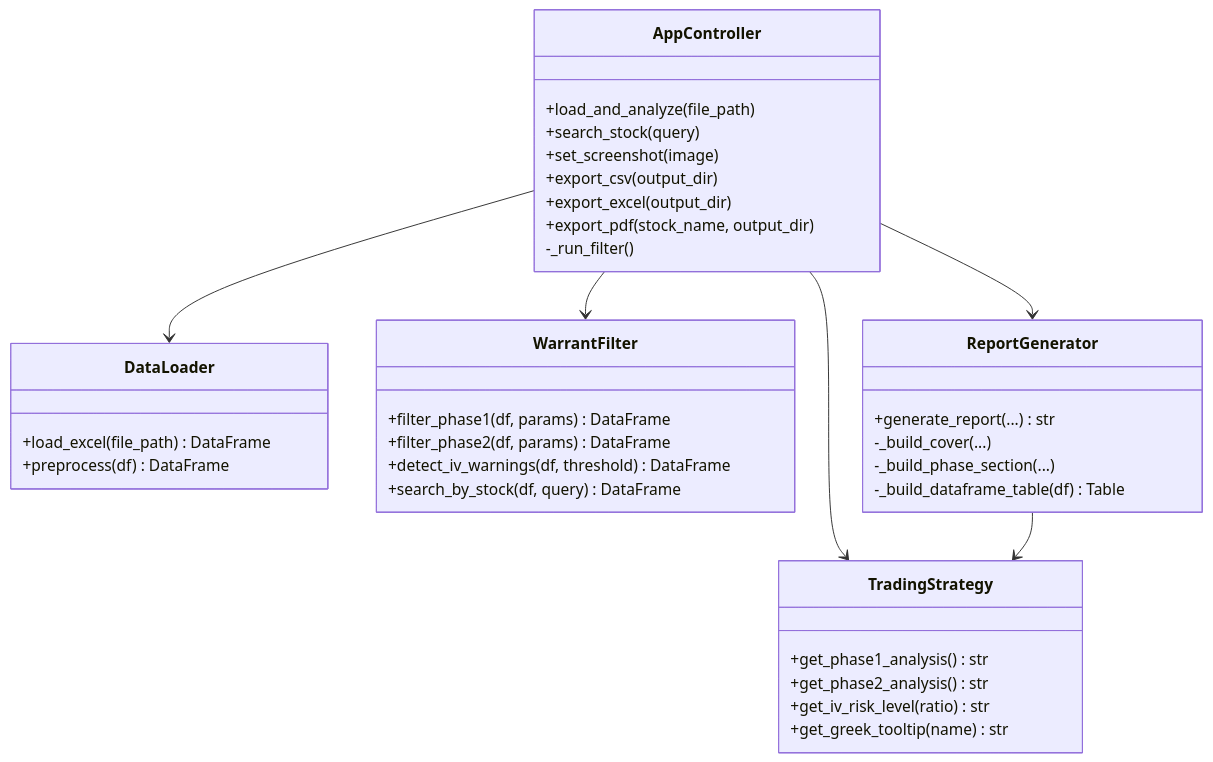
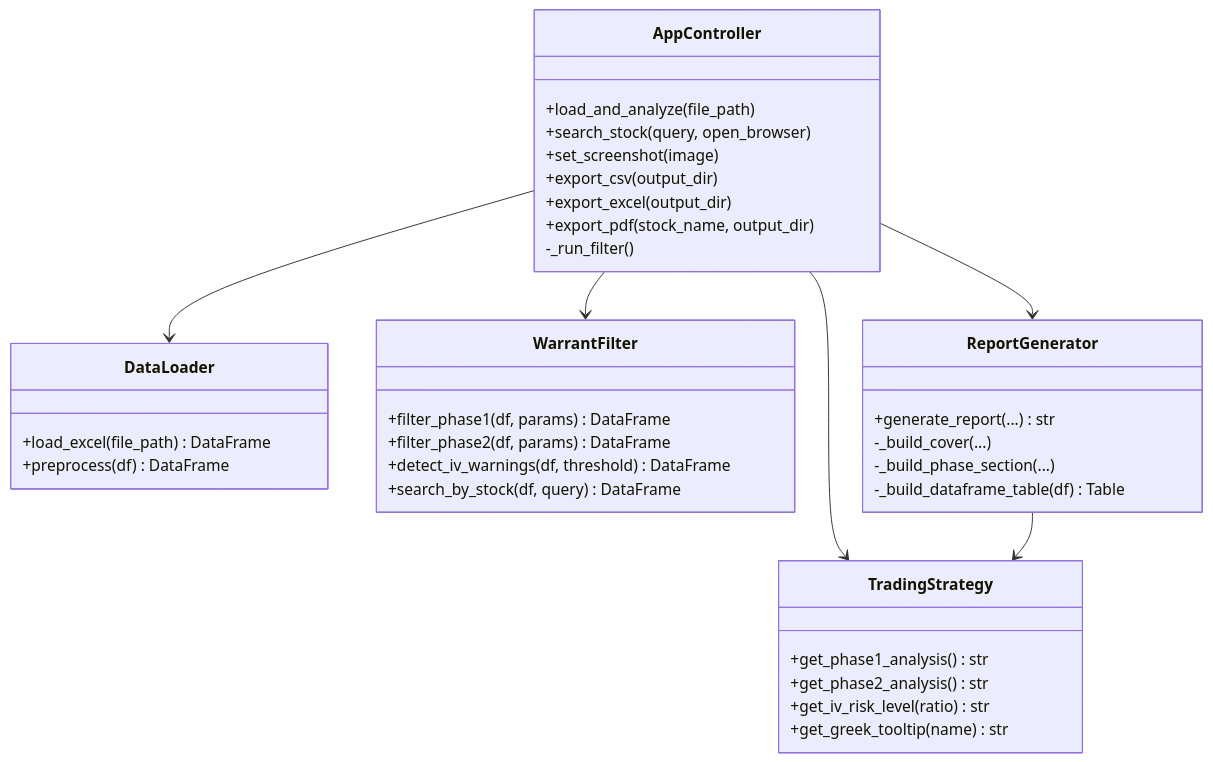
Before and after one commit to kkla1016/w-insight: the sixth of 10 diagrams in spec.md, drawn with Mermaid. The commit also changed 4 other files, not shown here.

````diff
--- a/spec.md
+++ b/spec.md
@@ -202,39 +202,39 @@
 ```mermaid
 classDiagram
     class AppController {
         +load_and_analyze(file_path)
-        +search_stock(query)
+        +search_stock(query, open_browser)
         +set_screenshot(image)
         +export_csv(output_dir)
         +export_excel(output_dir)
         +export_pdf(stock_name, output_dir)
         -_run_filter()
     }
     class DataLoader {
         +load_excel(file_path) DataFrame
         +preprocess(df) DataFrame
     }
     class WarrantFilter {
         +filter_phase1(df, params) DataFrame
         +filter_phase2(df, params) DataFrame
         +detect_iv_warnings(df, threshold) DataFrame
         +search_by_stock(df, query) DataFrame
     }
     class TradingStrategy {
         +get_phase1_analysis() str
         +get_phase2_analysis() str
         +get_iv_risk_level(ratio) str
         +get_greek_tooltip(name) str
     }
     class ReportGenerator {
         +generate_report(...) str
         -_build_cover(...)
         -_build_phase_section(...)
         -_build_dataframe_table(df) Table
     }
     AppController --> DataLoader
     AppController --> WarrantFilter
     AppController --> ReportGenerator
     AppController --> TradingStrategy
     ReportGenerator --> TradingStrategy
 ```
````
